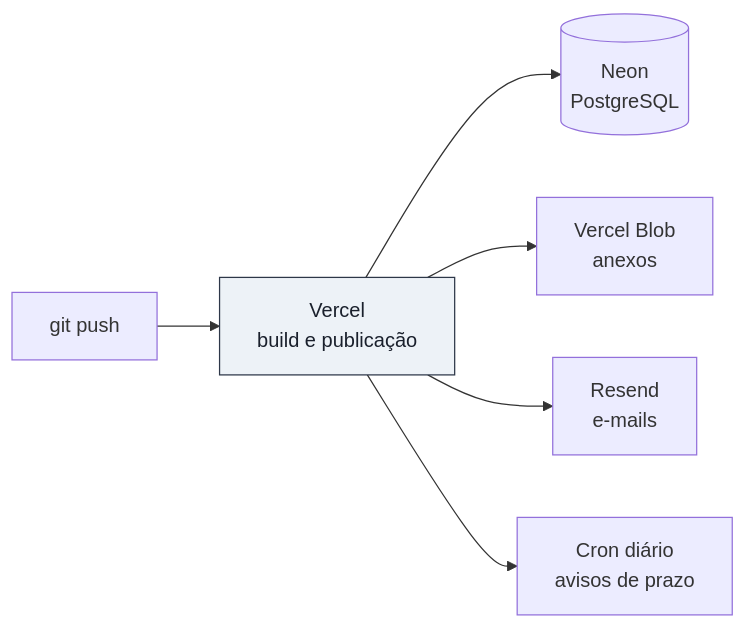
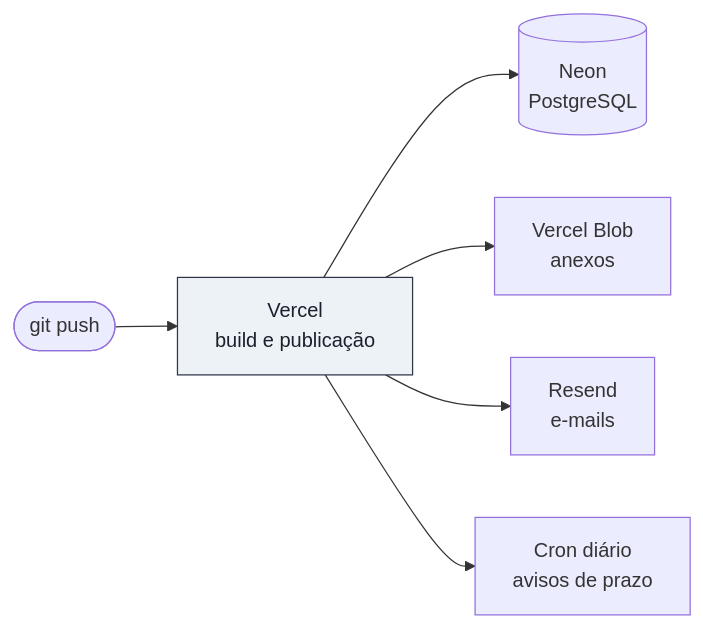
The eighth of 9 diagrams in README.md (henji-ware/erp), drawn with Mermaid before and after one commit. The commit also changed other lines of this file, not shown here.

Commit message:
docs: substituir as artes em ASCII por recursos nativos do GitHub

````diff
--- a/README.md
+++ b/README.md
@@ -338,10 +425,10 @@
 ```mermaid
 flowchart LR
-    G["git push"] --> V["Vercel<br/>build e publicação"]
+    G(["git push"]) --> V["Vercel<br/>build e publicação"]
     V --> N[("Neon<br/>PostgreSQL")]
     V --> B["Vercel Blob<br/>anexos"]
     V --> R["Resend<br/>e-mails"]
     V --> C["Cron diário<br/>avisos de prazo"]
 
     style V fill:#edf2f7,stroke:#2d3748,color:#1a202c
 ```
````
